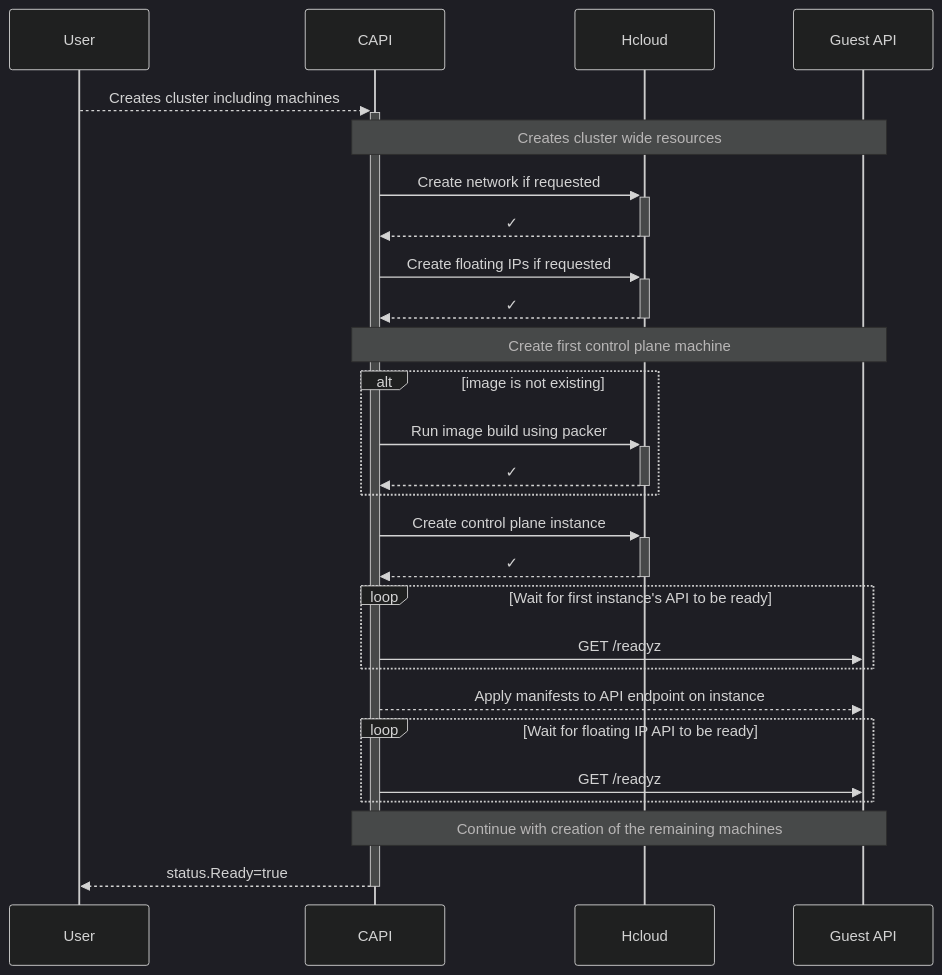
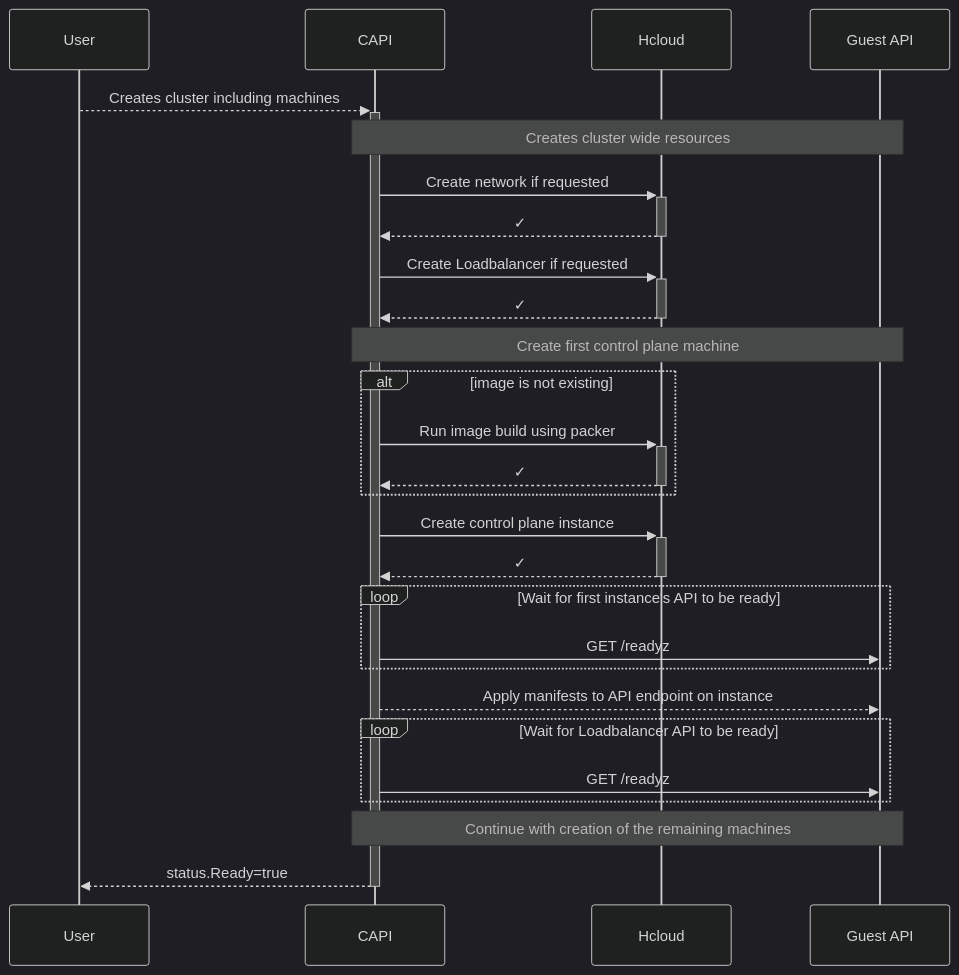
One commit to cluster-api-provider-hcloud/cluster-api-provider-hcloud changed the diagram in docs/src/design/design.md. Above: the diagram before and after it, drawn with Mermaid (dark theme). The commit also changed 15 other files, not shown here.

Commit message:
WIP created pkg/cloud/resources/loadbalancer and replaced floatingIP with loadbalancer in the rest of the code

````diff
--- a/docs/src/design/design.md
+++ b/docs/src/design/design.md
@@ -5,31 +5,31 @@
 ```mermaid
 sequenceDiagram
     participant User
     participant CAPI
     participant CAPI
     participant Hcloud
     participant Guest API
     User -->>+ CAPI: Creates cluster including machines
     Note over CAPI,Guest API: Creates cluster wide resources
     CAPI ->>+ Hcloud: Create network if requested
     Hcloud-->>-CAPI: ✓
-    CAPI ->>+ Hcloud: Create floating IPs if requested
+    CAPI ->>+ Hcloud: Create Loadbalancer if requested
     Hcloud-->>-CAPI: ✓
     Note over CAPI,Guest API: Create first control plane machine
     alt image is not existing
         CAPI ->>+ Hcloud: Run image build using packer
         Hcloud-->>-CAPI: ✓
     end
     CAPI ->>+ Hcloud: Create control plane instance
     Hcloud-->>-CAPI: ✓
     loop Wait for first instance's API to be ready
         CAPI->>Guest API: GET /readyz
     end
     CAPI -->> Guest API: Apply manifests to API endpoint on instance
-    loop Wait for floating IP API to be ready
+    loop Wait for Loadbalancer API to be ready
         CAPI->>Guest API: GET /readyz
     end
     Note over CAPI,Guest API: Continue with creation of the remaining machines
     CAPI-->>-User: status.Ready=true
 
 ```
````
